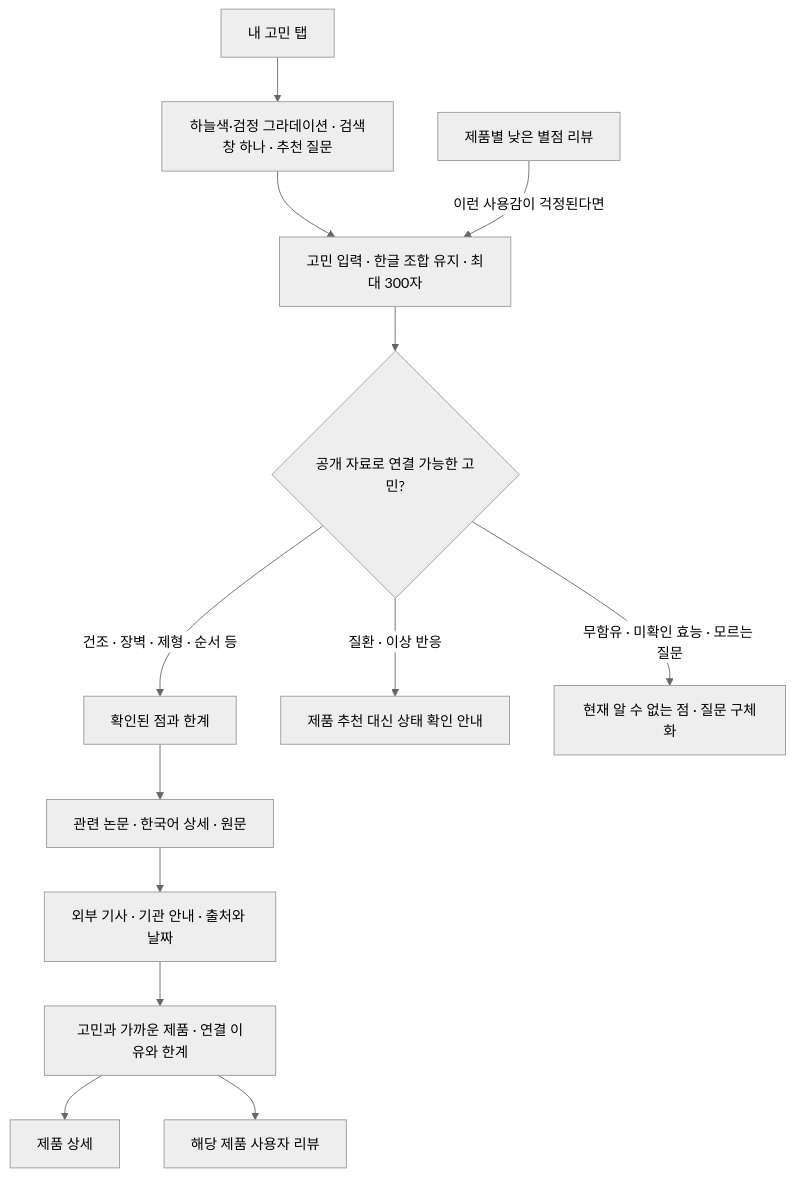
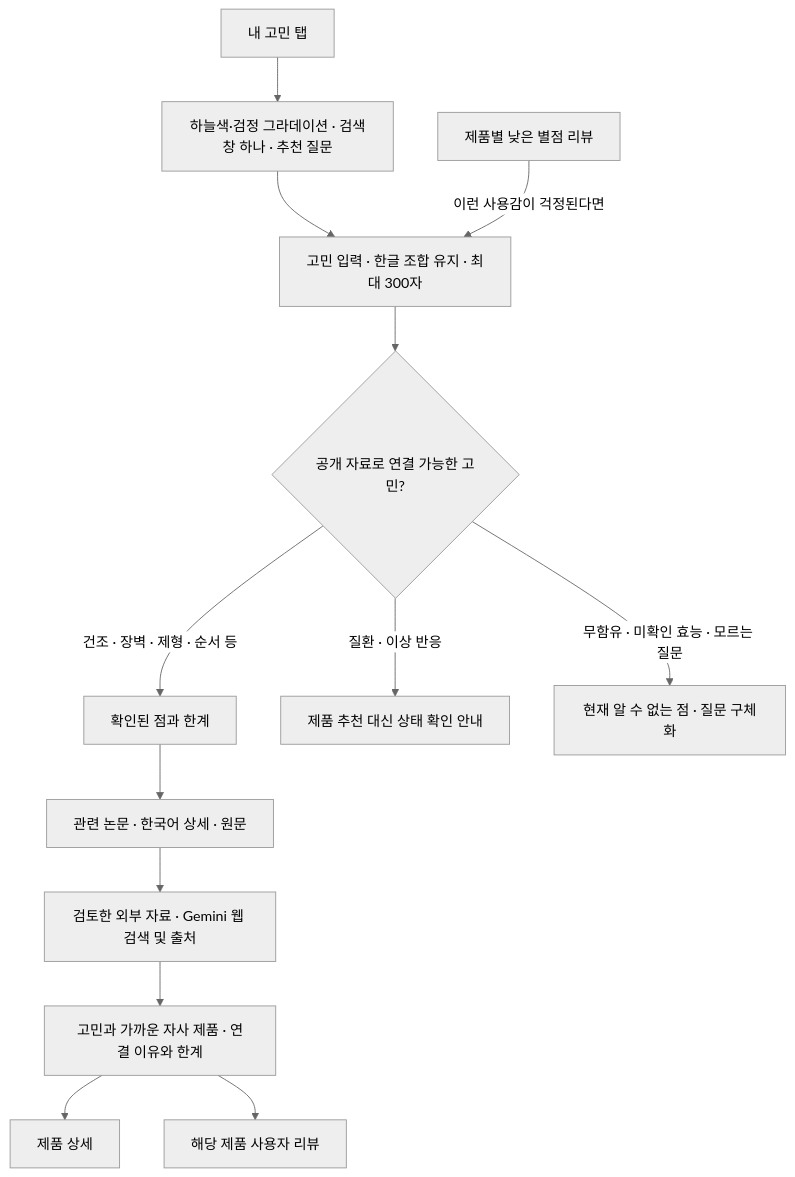
Before and after one commit to ziziisnzizi/Transparency.: the diagram in docs/concern-search.md, drawn with Mermaid (neutral theme). The commit also changed other lines of this file and 14 other files, not shown here.

````diff
--- a/docs/concern-search.md
+++ b/docs/concern-search.md
@@ -9,15 +9,15 @@
 ```mermaid
 flowchart TD
   Nav["내 고민 탭"] --> Empty["하늘색·검정 그라데이션 · 검색창 하나 · 추천 질문"]
   Empty --> Query["고민 입력 · 한글 조합 유지 · 최대 300자"]
   Review["제품별 낮은 별점 리뷰"] -->|"이런 사용감이 걱정된다면"| Query
   Query --> Interpret{"공개 자료로 연결 가능한 고민?"}
   Interpret -->|"건조 · 장벽 · 제형 · 순서 등"| Findings["확인된 점과 한계"]
   Findings --> Papers["관련 논문 · 한국어 상세 · 원문"]
-  Papers --> Outside["외부 기사 · 기관 안내 · 출처와 날짜"]
-  Outside --> Choice["고민과 가까운 제품 · 연결 이유와 한계"]
+  Papers --> Outside["검토한 외부 자료 · Gemini 웹 검색 및 출처"]
+  Outside --> Choice["고민과 가까운 자사 제품 · 연결 이유와 한계"]
   Choice --> Detail["제품 상세"]
   Choice --> ProductReview["해당 제품 사용자 리뷰"]
   Interpret -->|"질환 · 이상 반응"| Care["제품 추천 대신 상태 확인 안내"]
   Interpret -->|"무함유 · 미확인 효능 · 모르는 질문"| Limits["현재 알 수 없는 점 · 질문 구체화"]
 ```
````
